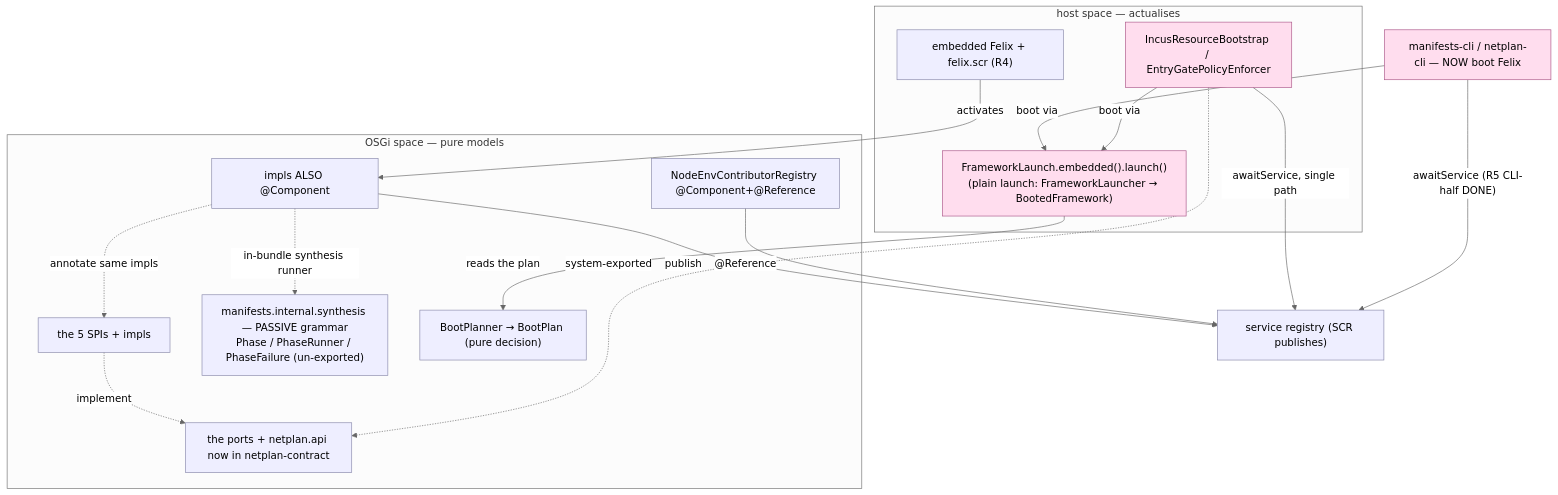
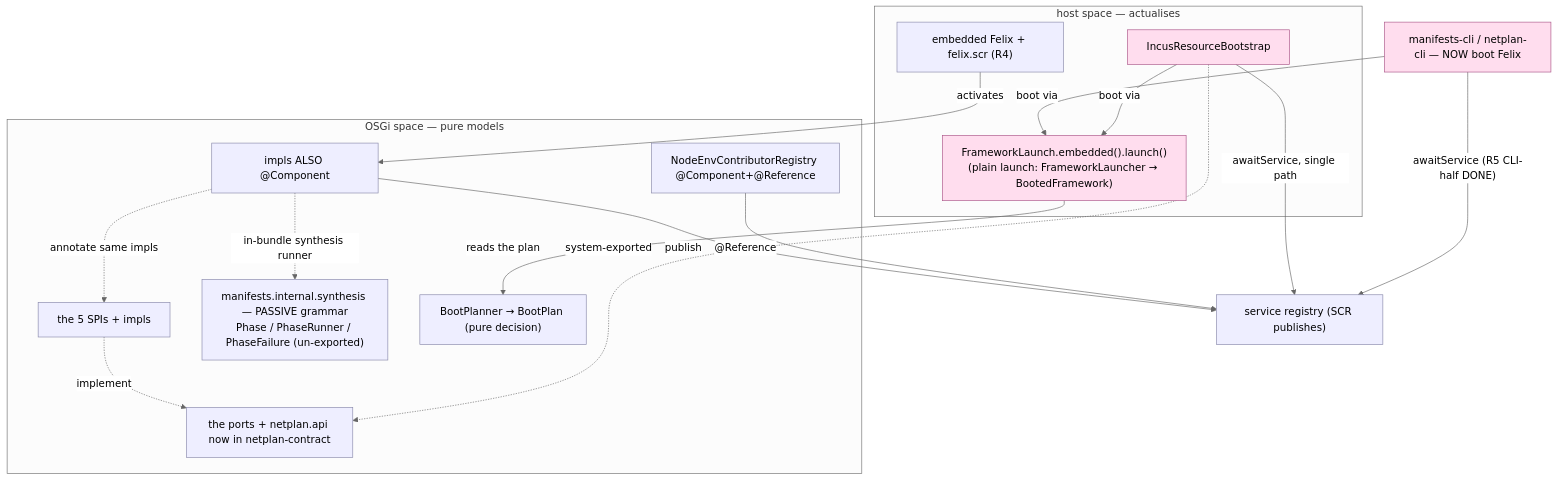
One commit to nxmatic/rke2lab changed the fourth of 4 diagrams in docs/architecture/atlas/runtime.adoc. Above: the diagram before and after it, drawn with Mermaid (neutral theme). The commit also changed other lines of this file and 46 other files, not shown here.

First line of the commit message:
feat(worktree,incus): self-contained grow plan + OSGi-side entry gate + worktree-contract fold

```diff
--- a/docs/architecture/atlas/runtime.adoc
+++ b/docs/architecture/atlas/runtime.adoc
@@ -222,34 +222,34 @@
 [mermaid]
 ....
 flowchart TB
   subgraph OSGI["OSGi space — pure models"]
     bapi["the ports + netplan.api now in netplan-contract"]:::osgi
     spi["the 5 SPIs + impls"]:::osgi
     comp["impls ALSO @Component"]:::osgi
     reg2["NodeEnvContributorRegistry @Component+@Reference"]:::osgi
     pc["manifests.internal.synthesis — PASSIVE grammar<br/>Phase / PhaseRunner / PhaseFailure (un-exported)"]:::osgi
     plan["BootPlanner → BootPlan (pure decision)"]:::osgi
   end
   subgraph HOST["host space — actualises"]
-    seam0["IncusResourceBootstrap / EntryGatePolicyEnforcer"]:::host
+    seam0["IncusResourceBootstrap"]:::host
     fx["embedded Felix + felix.scr (R4)"]:::osgi
     flp["FrameworkLaunch.embedded().launch()<br/>(plain launch: FrameworkLauncher → BootedFramework)"]:::host
   end
   cli["manifests-cli / netplan-cli — NOW boot Felix"]:::host
   reg["service registry (SCR publishes)"]:::osgi
   comp -.->|annotate same impls| spi
   fx -->|activates| comp
   comp -->|publish| reg
   seam0 -->|"awaitService, single path"| reg
   reg2 -->|"@Reference"| reg
   cli -->|"awaitService (R5 CLI-half DONE)"| reg
   cli -->|boot via| flp
   seam0 -->|boot via| flp
   flp -->|"reads the plan"| plan
   comp -.->|"in-bundle synthesis runner"| pc
   spi -.->|implement| bapi
   seam0 -.->|"system-exported"| bapi
   classDef osgi fill:#eef,stroke:#88a,stroke-width:1px;
   classDef host fill:#fde,stroke:#a58,stroke-width:1px;
   classDef neu fill:#dfd,stroke:#2a2,stroke-width:3px;
 ....
```
